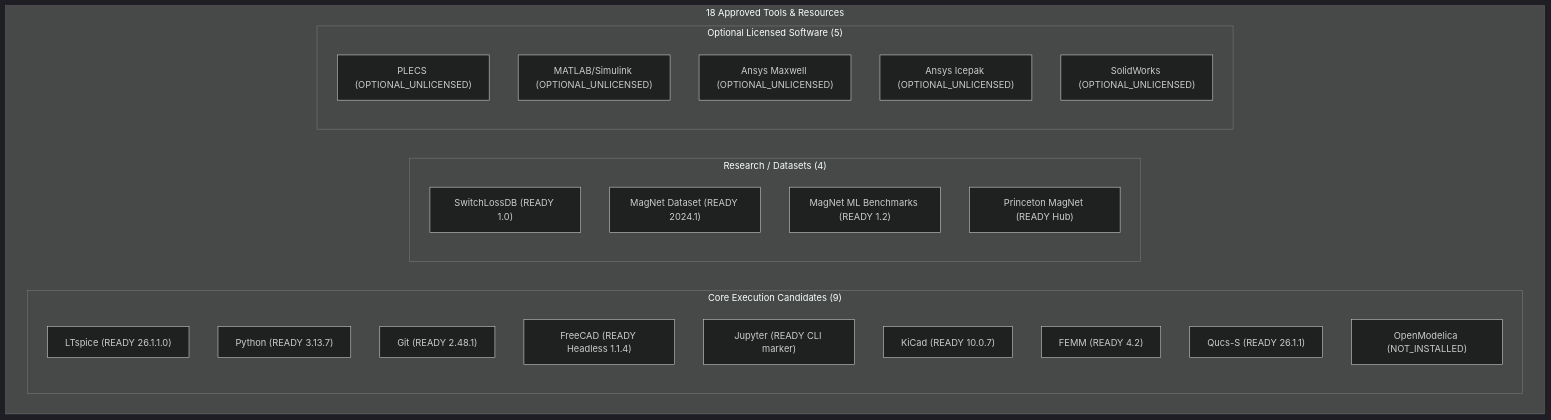
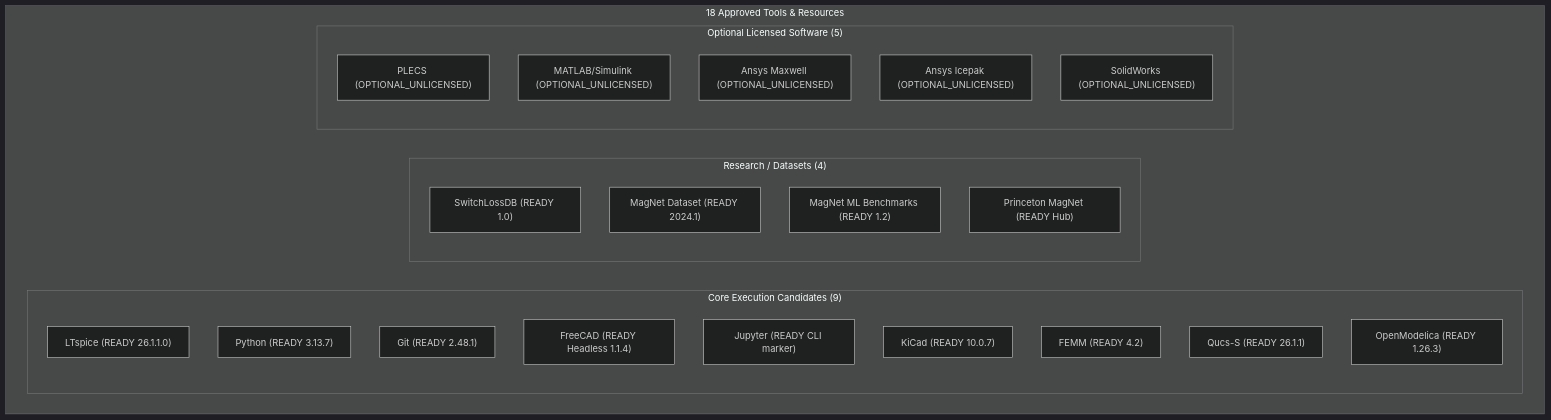
The diagram in docs/v1.6/TOOL_READINESS_MATRIX.md (mendextechnologies-dot/Mendex-Studio), drawn with Mermaid (dark theme) before and after one commit. The commit also changed other lines of this file and 5 other files, not shown here.

Commit message:
feat(integrations): unblock GAP-OSS-05 - integrate OpenModelica 1.26.3 with omc model checking, compilation, and test suite

````diff
--- a/docs/v1.6/TOOL_READINESS_MATRIX.md
+++ b/docs/v1.6/TOOL_READINESS_MATRIX.md
@@ -48,29 +48,29 @@
 ```mermaid
 flowchart TD
     subgraph Approved18Tools["18 Approved Tools & Resources"]
         subgraph CoreCandidates["Core Execution Candidates (9)"]
             T1["LTspice (READY 26.1.1.0)"]
             T2["Python (READY 3.13.7)"]
             T3["Git (READY 2.48.1)"]
             T4["FreeCAD (READY Headless 1.1.4)"]
             T5["Jupyter (READY CLI marker)"]
             T6["KiCad (READY 10.0.7)"]
             T7["FEMM (READY 4.2)"]
             T8["Qucs-S (READY 26.1.1)"]
-            T9["OpenModelica (NOT_INSTALLED)"]
+            T9["OpenModelica (READY 1.26.3)"]
         end
         subgraph ResearchDatasets["Research / Datasets (4)"]
             D1["SwitchLossDB (READY 1.0)"]
             D2["MagNet Dataset (READY 2024.1)"]
             D3["MagNet ML Benchmarks (READY 1.2)"]
             D4["Princeton MagNet (READY Hub)"]
         end
         subgraph CommercialStubs["Optional Licensed Software (5)"]
             C1["PLECS (OPTIONAL_UNLICENSED)"]
             C2["MATLAB/Simulink (OPTIONAL_UNLICENSED)"]
             C3["Ansys Maxwell (OPTIONAL_UNLICENSED)"]
             C4["Ansys Icepak (OPTIONAL_UNLICENSED)"]
             C5["SolidWorks (OPTIONAL_UNLICENSED)"]
         end
     end
 ```
````
